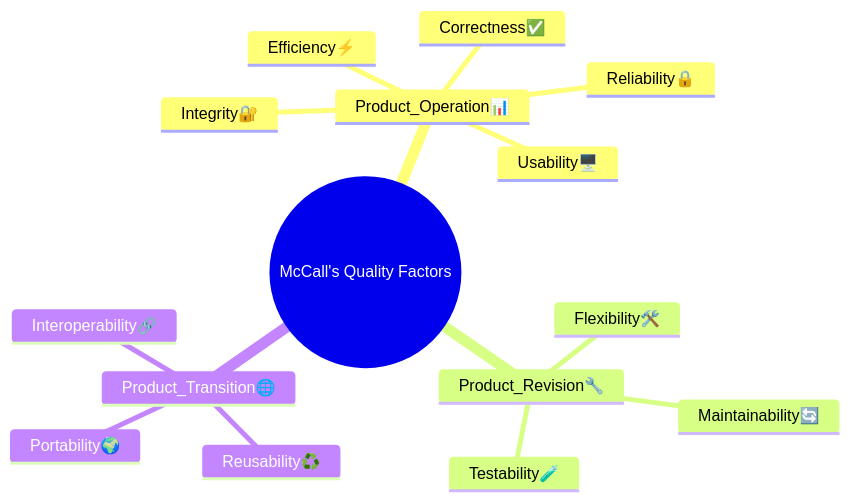
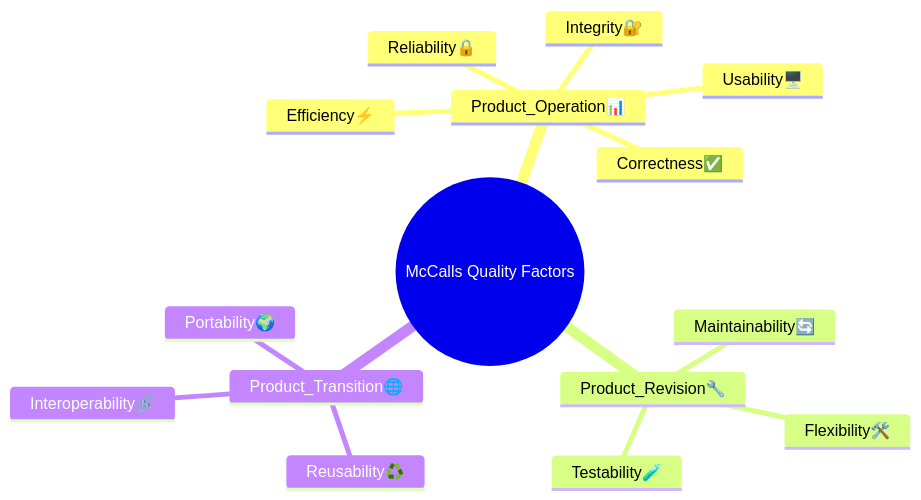
Before and after one commit to msdbok/sqrbok: the diagram in _definition/3. Quality models.md, drawn with Mermaid.

````diff
--- a/_definition/3. Quality models.md
+++ b/_definition/3. Quality models.md
@@ -31,18 +31,18 @@
 ```mermaid
 mindmap
-  root((McCall's Quality Factors))
+  root((McCalls Quality Factors))
     Product_Operation📊
       Correctness✅
       Reliability🔒
       Efficiency⚡
       Integrity🔐
       Usability🖥️
     Product_Revision🔧
       Maintainability🔄
       Flexibility🛠️
       Testability🧪
     Product_Transition🌐
       Portability🌍
       Reusability♻️
       Interoperability🔗
 ```
````
